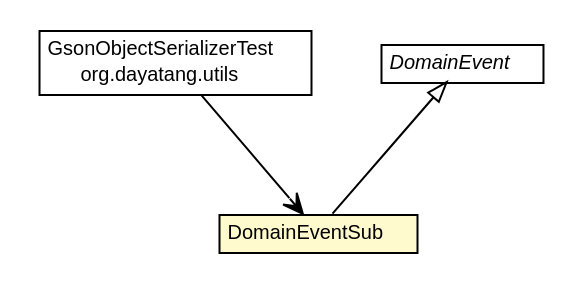
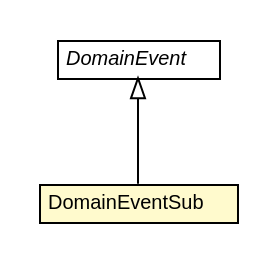
The diagram in dddlib-utils/testapidocs/org/dayatang/utils/support/DomainEventSub.dot (dayatang/dddlib), drawn with Graphviz before and after one commit. The commit also changed 246 other files, not shown here.

```diff
--- a/dddlib-utils/testapidocs/org/dayatang/utils/support/DomainEventSub.dot
+++ b/dddlib-utils/testapidocs/org/dayatang/utils/support/DomainEventSub.dot
@@ -1,35 +1,26 @@
 #!/usr/local/bin/dot
 #
 # Class diagram 
 # Generated by UMLGraph version R5_6_6-8-g8d7759 (http://www.umlgraph.org/)
 #
 
 digraph G {
 	edge [fontname="Helvetica",fontsize=10,labelfontname="Helvetica",labelfontsize=10];
 	node [fontname="Helvetica",fontsize=10,shape=plaintext];
 	nodesep=0.25;
 	ranksep=0.5;
-	// org.dayatang.utils.GsonObjectSerializerTest
-	c249 [label=<<table title="org.dayatang.utils.GsonObjectSerializerTest" border="0" cellborder="1" cellspacing="0" cellpadding="2" port="p" href="../GsonObjectSerializerTest.html">
-		<tr><td><table border="0" cellspacing="0" cellpadding="1">
-<tr><td align="center" balign="center"> GsonObjectSerializerTest </td></tr>
-<tr><td align="center" balign="center"> org.dayatang.utils </td></tr>
-		</table></td></tr>
-		</table>>, URL="../GsonObjectSerializerTest.html", fontname="Helvetica", fontcolor="black", fontsize=10.0];
 	// org.dayatang.utils.support.DomainEventSub
-	c259 [label=<<table title="org.dayatang.utils.support.DomainEventSub" border="0" cellborder="1" cellspacing="0" cellpadding="2" port="p" bgcolor="lemonChiffon" href="./DomainEventSub.html">
+	c252 [label=<<table title="org.dayatang.utils.support.DomainEventSub" border="0" cellborder="1" cellspacing="0" cellpadding="2" port="p" bgcolor="lemonChiffon" href="./DomainEventSub.html">
 		<tr><td><table border="0" cellspacing="0" cellpadding="1">
 <tr><td align="center" balign="center"> DomainEventSub </td></tr>
 		</table></td></tr>
 		</table>>, URL="./DomainEventSub.html", fontname="Helvetica", fontcolor="black", fontsize=10.0];
 	// org.dayatang.utils.support.DomainEvent
-	c260 [label=<<table title="org.dayatang.utils.support.DomainEvent" border="0" cellborder="1" cellspacing="0" cellpadding="2" port="p" href="./DomainEvent.html">
+	c253 [label=<<table title="org.dayatang.utils.support.DomainEvent" border="0" cellborder="1" cellspacing="0" cellpadding="2" port="p" href="./DomainEvent.html">
 		<tr><td><table border="0" cellspacing="0" cellpadding="1">
 <tr><td align="center" balign="center"><font face="Helvetica-Oblique"> DomainEvent </font></td></tr>
 		</table></td></tr>
 		</table>>, URL="./DomainEvent.html", fontname="Helvetica", fontcolor="black", fontsize=10.0];
 	//org.dayatang.utils.support.DomainEventSub extends org.dayatang.utils.support.DomainEvent
-	c260:p -> c259:p [dir=back,arrowtail=empty];
-	// org.dayatang.utils.GsonObjectSerializerTest NAVASSOC org.dayatang.utils.support.DomainEventSub
-	c249:p -> c259:p [taillabel="", label=" "headlabel="", fontname="Helvetica", fontcolor="black", fontsize=10.0, color="black", arrowhead=open];
+	c253:p -> c252:p [dir=back,arrowtail=empty];
 }
```
